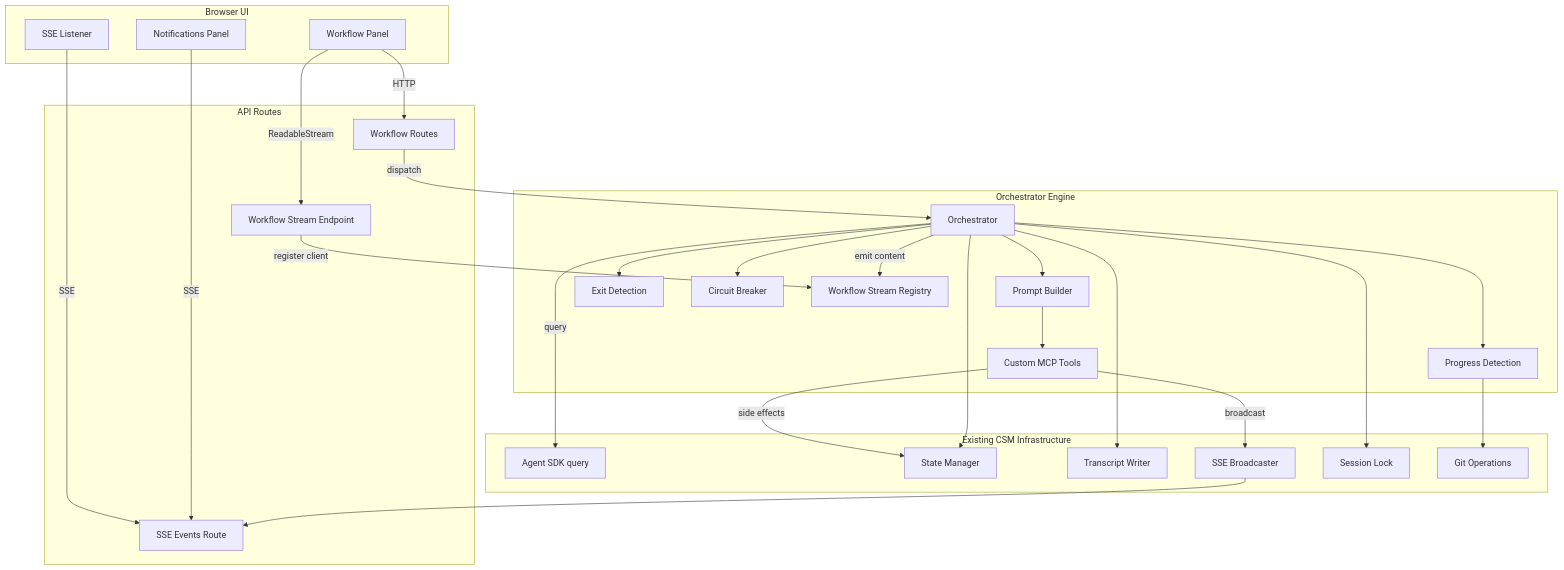
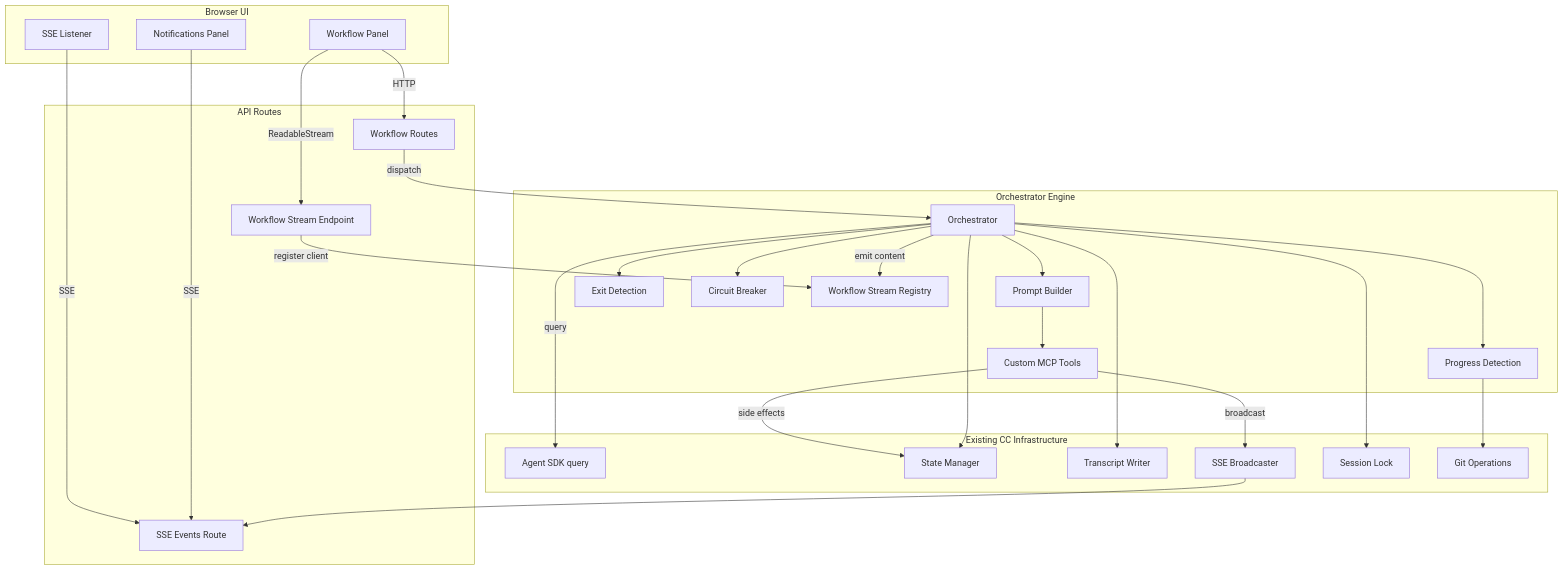
Before and after one commit to amhuppert/remote-ai-manager: the first of 5 diagrams in .kiro/specs/ralph-workflow/design.md, drawn with Mermaid. The commit also changed other lines of this file and 141 other files, not shown here.

````diff
--- a/.kiro/specs/ralph-workflow/design.md
+++ b/.kiro/specs/ralph-workflow/design.md
@@ -42,55 +42,55 @@
 ```mermaid
 graph TB
     subgraph UI[Browser UI]
         WP[Workflow Panel]
         NP[Notifications Panel]
         SSEClient[SSE Listener]
     end
 
     subgraph API[API Routes]
         WFRoutes[Workflow Routes]
         StreamRoute[Workflow Stream Endpoint]
         EventsRoute[SSE Events Route]
     end
 
     subgraph Engine[Orchestrator Engine]
         Orch[Orchestrator]
         PB[Prompt Builder]
         ED[Exit Detection]
         CB[Circuit Breaker]
         PD[Progress Detection]
         Tools[Custom MCP Tools]
         WSR[Workflow Stream Registry]
     end
 
-    subgraph Existing[Existing CSM Infrastructure]
+    subgraph Existing[Existing CC Infrastructure]
         SDK[Agent SDK query]
         State[State Manager]
         Transcript[Transcript Writer]
         SSEBroadcast[SSE Broadcaster]
         Lock[Session Lock]
         GitOps[Git Operations]
     end
 
     WP -->|HTTP| WFRoutes
     WP -->|ReadableStream| StreamRoute
     SSEClient -->|SSE| EventsRoute
     NP -->|SSE| EventsRoute
 
     WFRoutes -->|dispatch| Orch
     StreamRoute -->|register client| WSR
     Orch --> PB
     Orch --> ED
     Orch --> CB
     Orch --> PD
     PB --> Tools
     Orch -->|query| SDK
     Orch -->|emit content| WSR
     Tools -->|side effects| State
     Tools -->|broadcast| SSEBroadcast
     Orch --> State
     Orch --> Transcript
     Orch --> Lock
     PD --> GitOps
     SSEBroadcast --> EventsRoute
 ```
````
